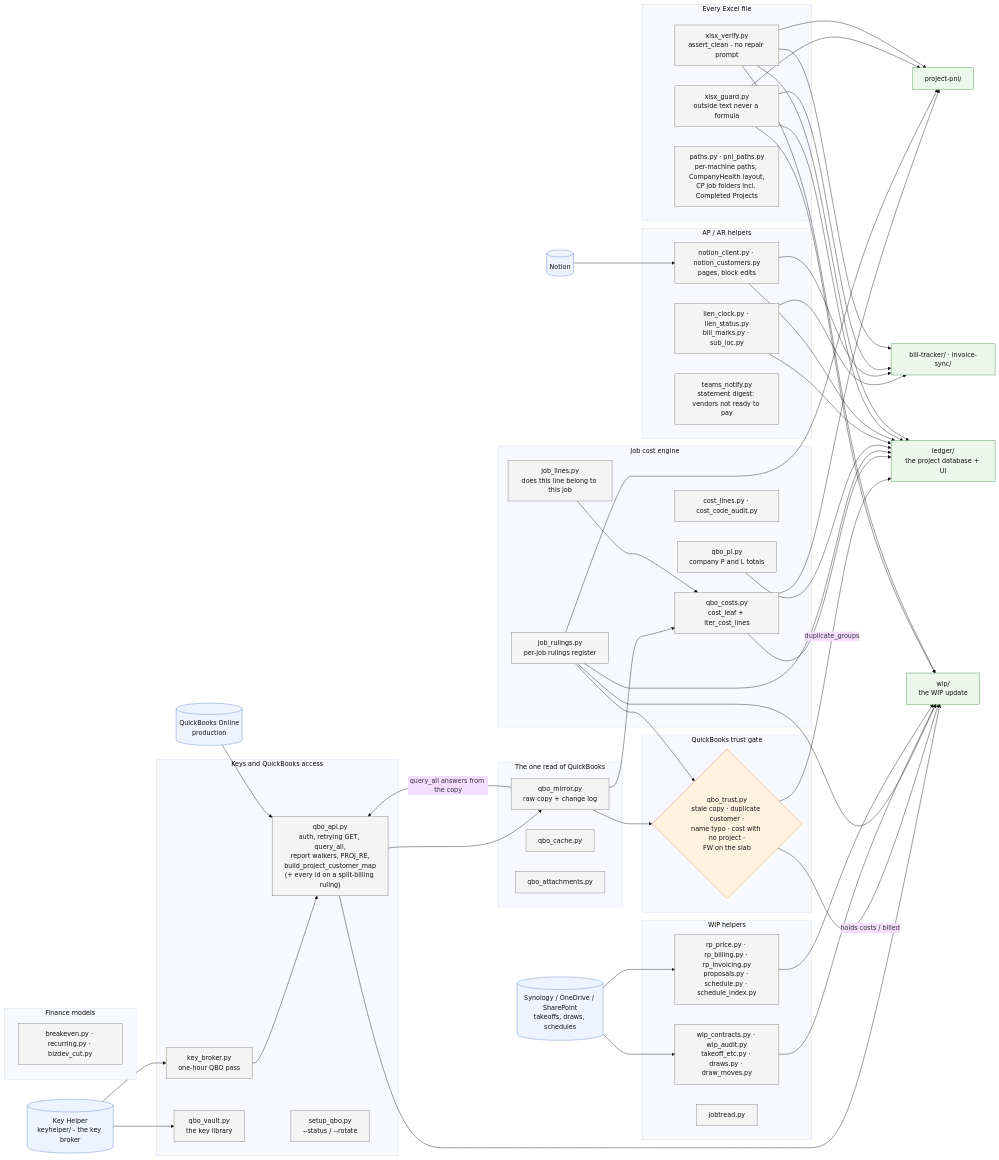
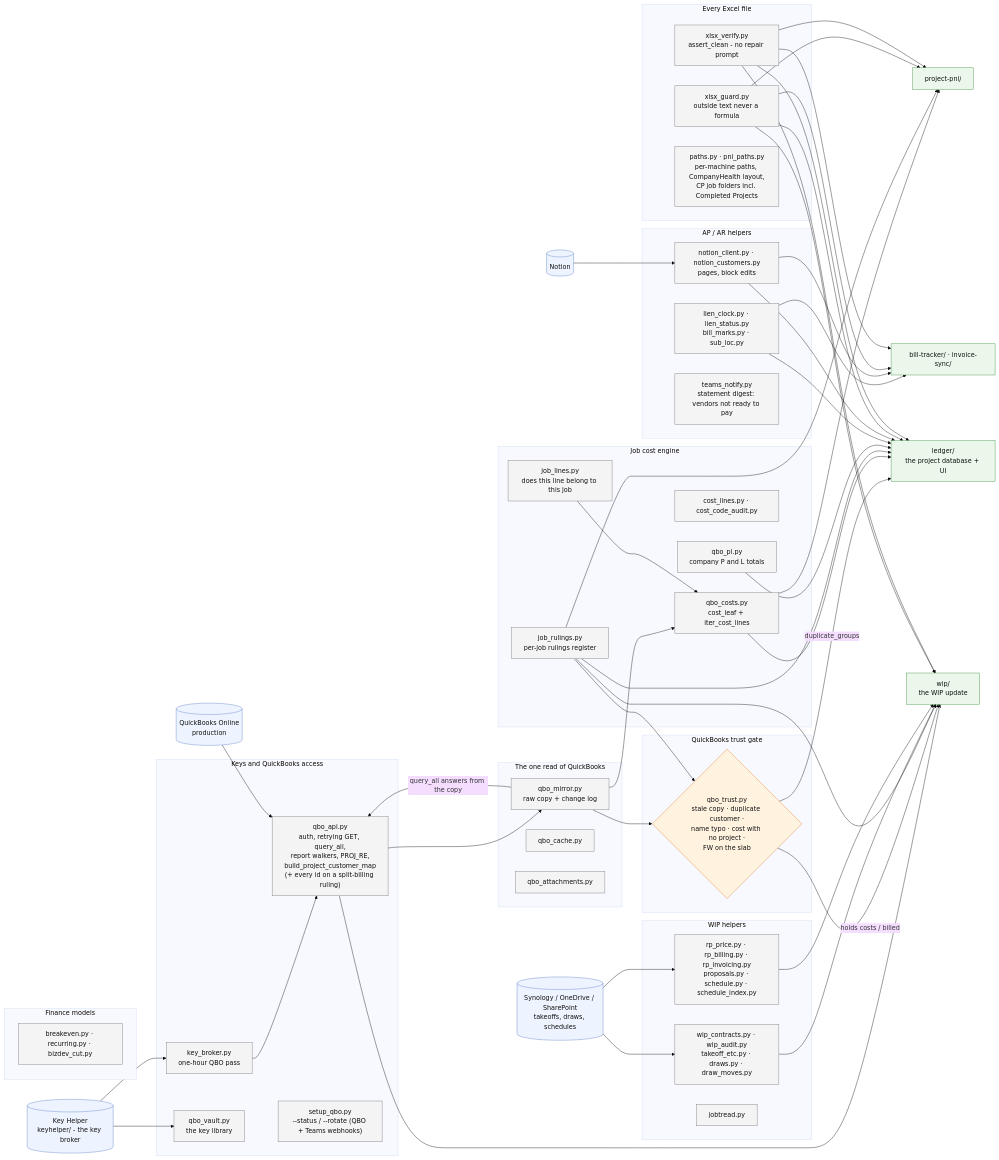
The diagram in shared/FLOW.md (Ecarlo-Proficient/Claude-Report), drawn with Mermaid (base theme) before and after one commit. The commit also changed other lines of this file and 9 other files, not shown here.

Commit message:
invoice-sync: QuickBooks payment received card - one Teams card per payment a client makes through the e-invoice link (bank / card), read from the mirror, posted once, first run seeds, nothing older than 72h; webhook TEAMS_WEBHOOK_PAYMENTS (setup_qbo --rotate)

```diff
--- a/shared/FLOW.md
+++ b/shared/FLOW.md
@@ -37,7 +37,7 @@
         KB["key_broker.py<br/>one-hour QBO pass"]:::mod
         VAULT["qbo_vault.py<br/>the key library"]:::mod
         API["qbo_api.py<br/>auth, retrying GET, query_all,<br/>report walkers, PROJ_RE,<br/>build_project_customer_map<br/>(+ every id on a split-billing ruling)"]:::mod
-        SETUP["setup_qbo.py<br/>--status / --rotate"]:::mod
+        SETUP["setup_qbo.py<br/>--status / --rotate (QBO + Teams webhooks)"]:::mod
     end
     KH --> KB --> API
     KH --> VAULT
```
